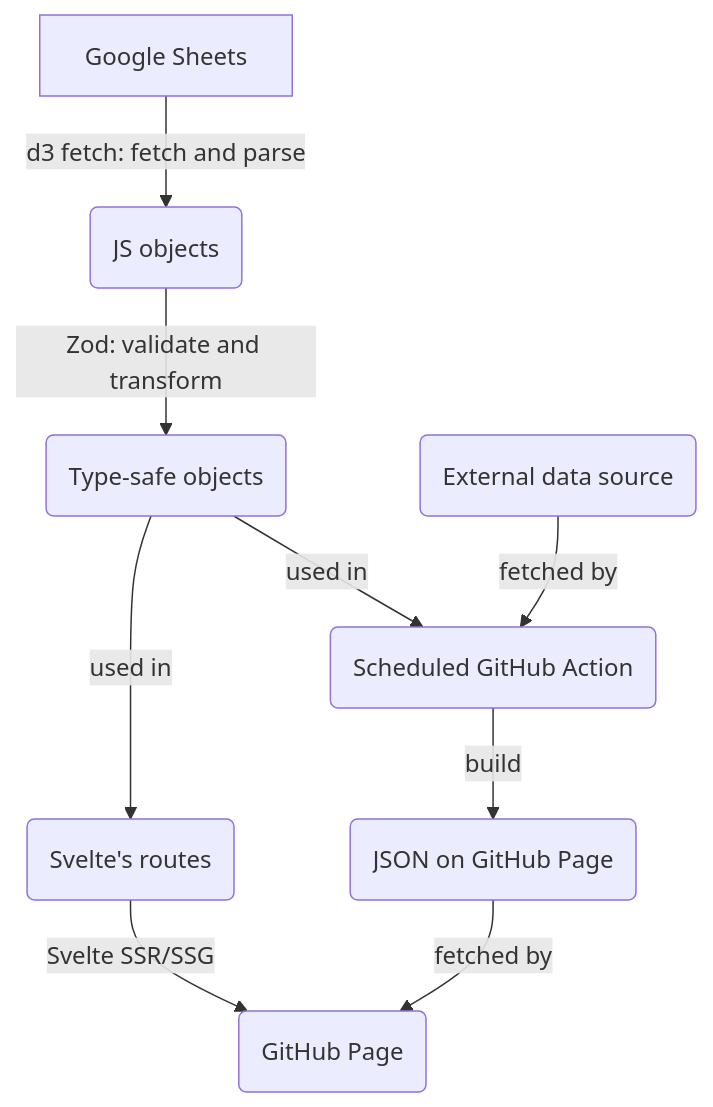
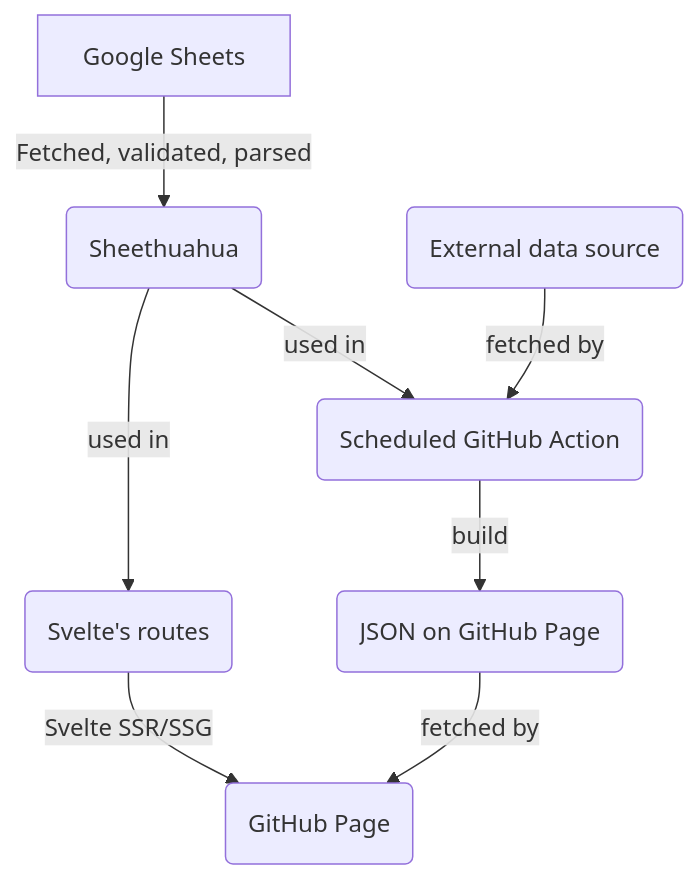
One commit to wevisdemo/parliament-watch changed the first of 2 diagrams in README.md. Above: the diagram before and after it, drawn with Mermaid. The commit also changed other lines of this file and 1 other file, not shown here.

````diff
--- a/README.md
+++ b/README.md
@@ -156,11 +170,10 @@
 ```mermaid
 flowchart TD
-    A[Google Sheets] -->|d3 fetch: fetch and parse| B(JS objects)
-    B --> |Zod: validate and transform| C(Type-safe objects)
+    B[Google Sheets] --> |Fetched, validated, parsed| C(Sheethuahua)
     C --> |used in| D(Svelte's routes)
     D --> |Svelte SSR/SSG| E(dev/prod website)
     C --> |used in| G(Scheduled GitHub Action)
     F(External data source) --> |fetched by| G
     G --> |build| H(JSON on GitHub Page)
     H --> |fetched by| E(GitHub Page)
 ```
````
